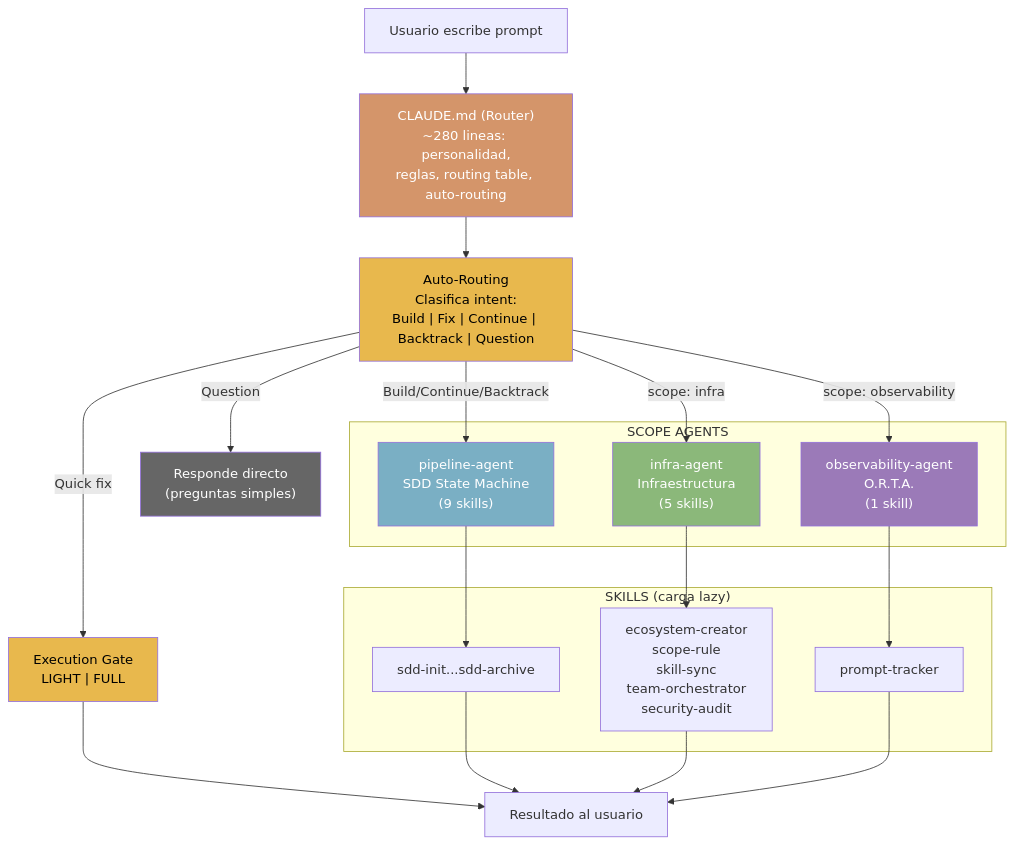
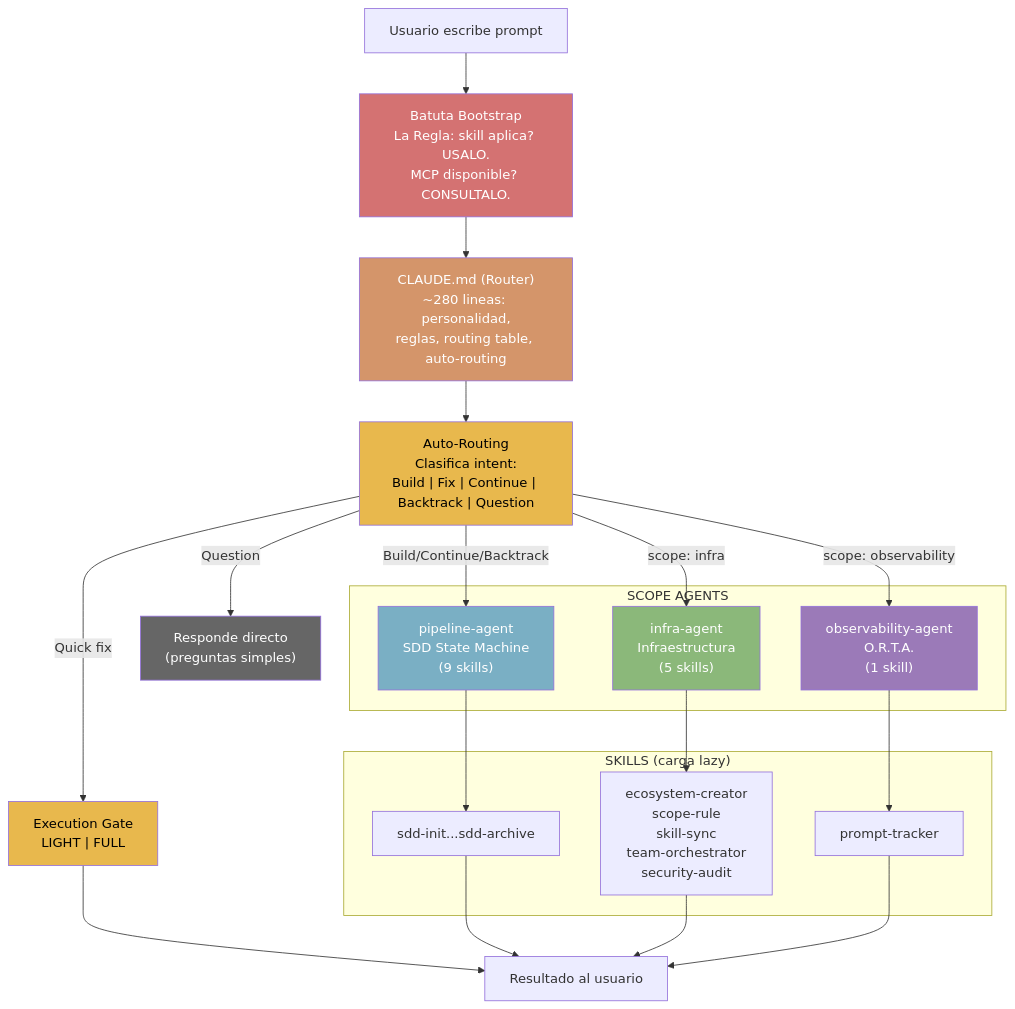
One commit to jota-batuta/batuta-dots changed the second of 24 diagrams in docs/architecture/arquitectura-diagrama.md. Above: the diagram before and after it, drawn with Mermaid. The commit also changed other lines of this file and 9 other files, not shown here.

````diff
--- a/docs/architecture/arquitectura-diagrama.md
+++ b/docs/architecture/arquitectura-diagrama.md
@@ -62,43 +62,45 @@
 ```mermaid
 flowchart TD
     USER["Usuario escribe prompt"]
+    BOOTSTRAP["Batuta Bootstrap<br/>La Regla: skill aplica? USALO.<br/>MCP disponible? CONSULTALO."]
     AUTOROUTE["Auto-Routing<br/>Clasifica intent:<br/>Build | Fix | Continue | Backtrack | Question"]
     ROUTER["CLAUDE.md (Router)<br/>~280 lineas: personalidad,<br/>reglas, routing table, auto-routing"]
 
     subgraph AGENTS["SCOPE AGENTS"]
         PIPELINE["pipeline-agent<br/>SDD State Machine<br/>(9 skills)"]
         INFRA["infra-agent<br/>Infraestructura<br/>(5 skills)"]
         OBS["observability-agent<br/>O.R.T.A.<br/>(1 skill)"]
     end
 
     subgraph SKILLS["SKILLS (carga lazy)"]
         SDD["sdd-init...sdd-archive"]
         ECO["ecosystem-creator<br/>scope-rule<br/>skill-sync<br/>team-orchestrator<br/>security-audit"]
         PROMPT["prompt-tracker"]
     end
 
     RESULT["Resultado al usuario"]
     DIRECT["Responde directo<br/>(preguntas simples)"]
     GATE["Execution Gate<br/>LIGHT | FULL"]
 
-    USER --> ROUTER --> AUTOROUTE
+    USER --> BOOTSTRAP --> ROUTER --> AUTOROUTE
     AUTOROUTE -->|"Build/Continue/Backtrack"| PIPELINE
     AUTOROUTE -->|"scope: infra"| INFRA
     AUTOROUTE -->|"scope: observability"| OBS
     AUTOROUTE -->|"Question"| DIRECT
     AUTOROUTE -->|"Quick fix"| GATE --> RESULT
     PIPELINE --> SDD
     INFRA --> ECO
     OBS --> PROMPT
     SDD --> RESULT
     ECO --> RESULT
     PROMPT --> RESULT
 
     style ROUTER fill:#D4956A,color:#fff
+    style BOOTSTRAP fill:#D47272,color:#fff
     style AUTOROUTE fill:#E8B84D,color:#000
     style PIPELINE fill:#7AAFC4,color:#fff
     style INFRA fill:#8BB87A,color:#fff
     style OBS fill:#9B7AB8,color:#fff
     style DIRECT fill:#666,color:#fff
     style GATE fill:#E8B84D,color:#000
 ```
````
